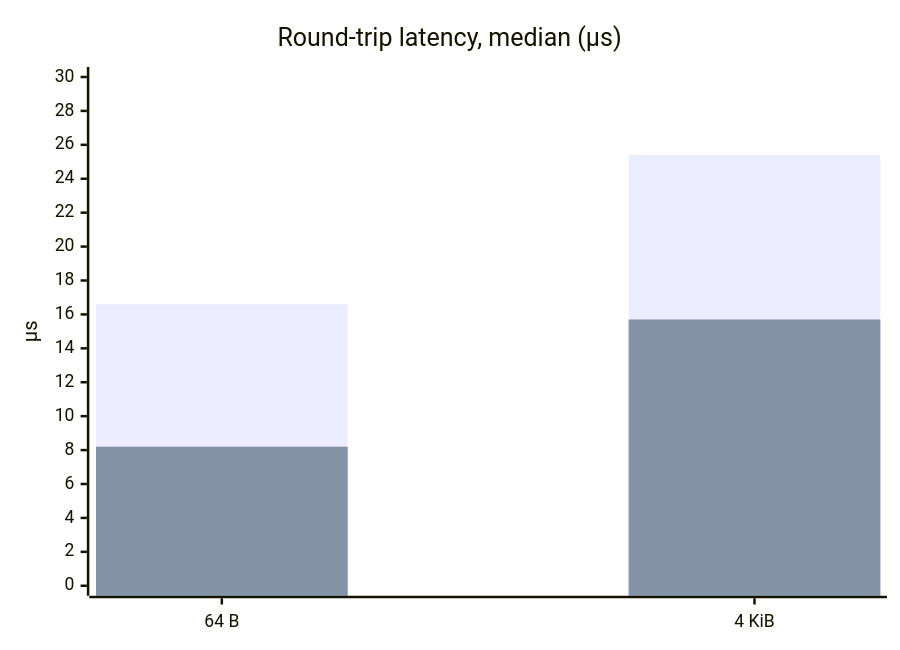
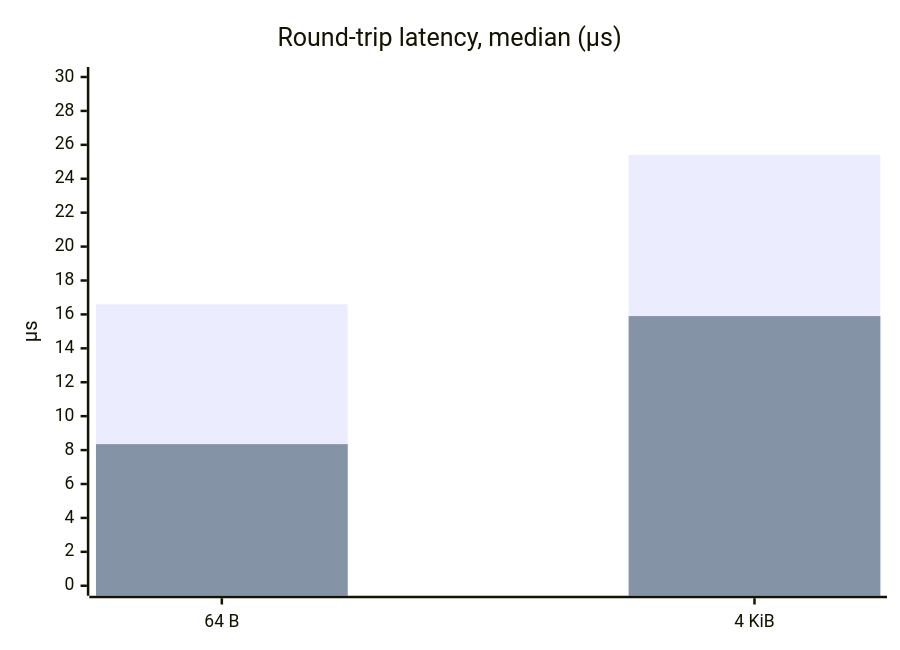
One commit to hyukudan/strix-halo-usb4-driver changed the sixth of 7 diagrams in README.md. Above: the diagram before and after it, drawn with Mermaid. The commit also changed other lines of this file, not shown here.

````diff
--- a/README.md
+++ b/README.md
@@ -187,8 +190,8 @@
 ```mermaid
 xychart-beta
     title "Round-trip latency, median (µs)"
     x-axis ["64 B", "4 KiB"]
     y-axis "µs" 0 --> 30
     bar [16.6, 25.4]
-    bar [8.2, 15.7]
+    bar [8.35, 15.9]
 ```
````
